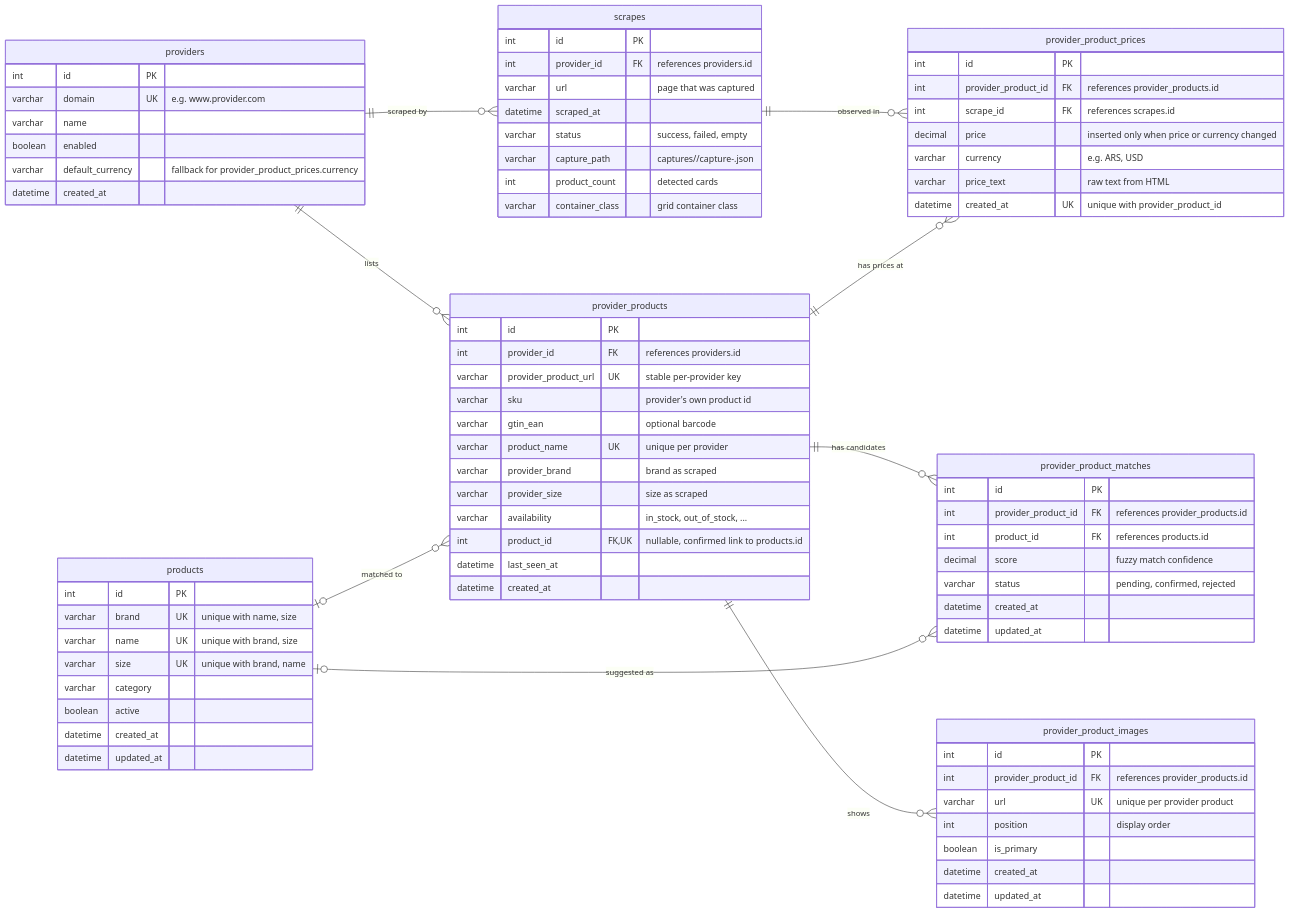
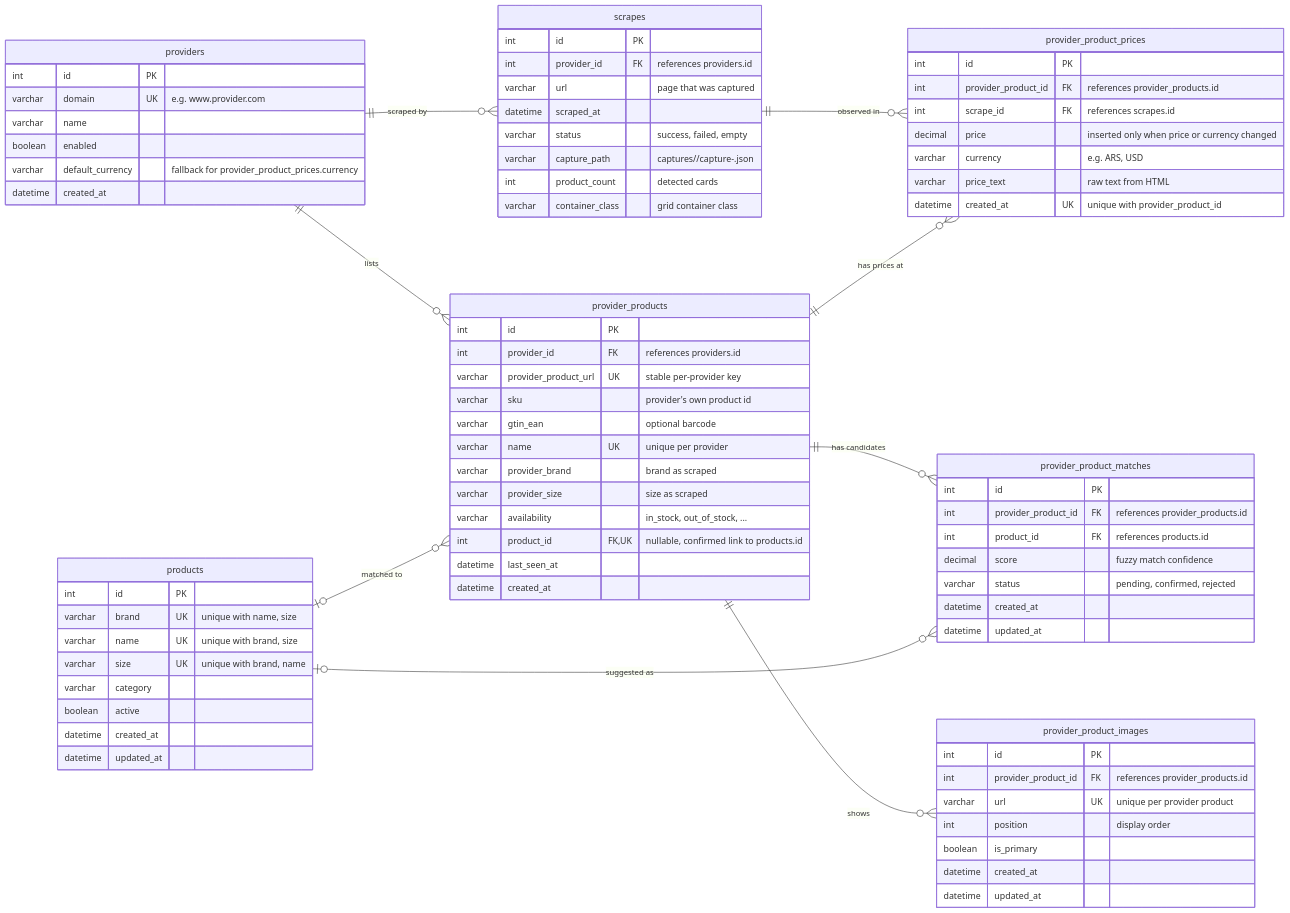
Before and after one commit to romayengineer/price_hunter: the diagram in DATABASE.md, drawn with Mermaid. The commit also changed other lines of this file and 3 other files, not shown here.

Commit message:
provider_products has name

```diff
--- a/DATABASE.md
+++ b/DATABASE.md
@@ -43,7 +43,7 @@
         varchar provider_product_url UK "stable per-provider key"
         varchar sku "provider's own product id"
         varchar gtin_ean "optional barcode"
-        varchar product_name UK "unique per provider"
+        varchar name UK "unique per provider"
         varchar provider_brand "brand as scraped"
         varchar provider_size "size as scraped"
         varchar availability "in_stock, out_of_stock, ..."
```
